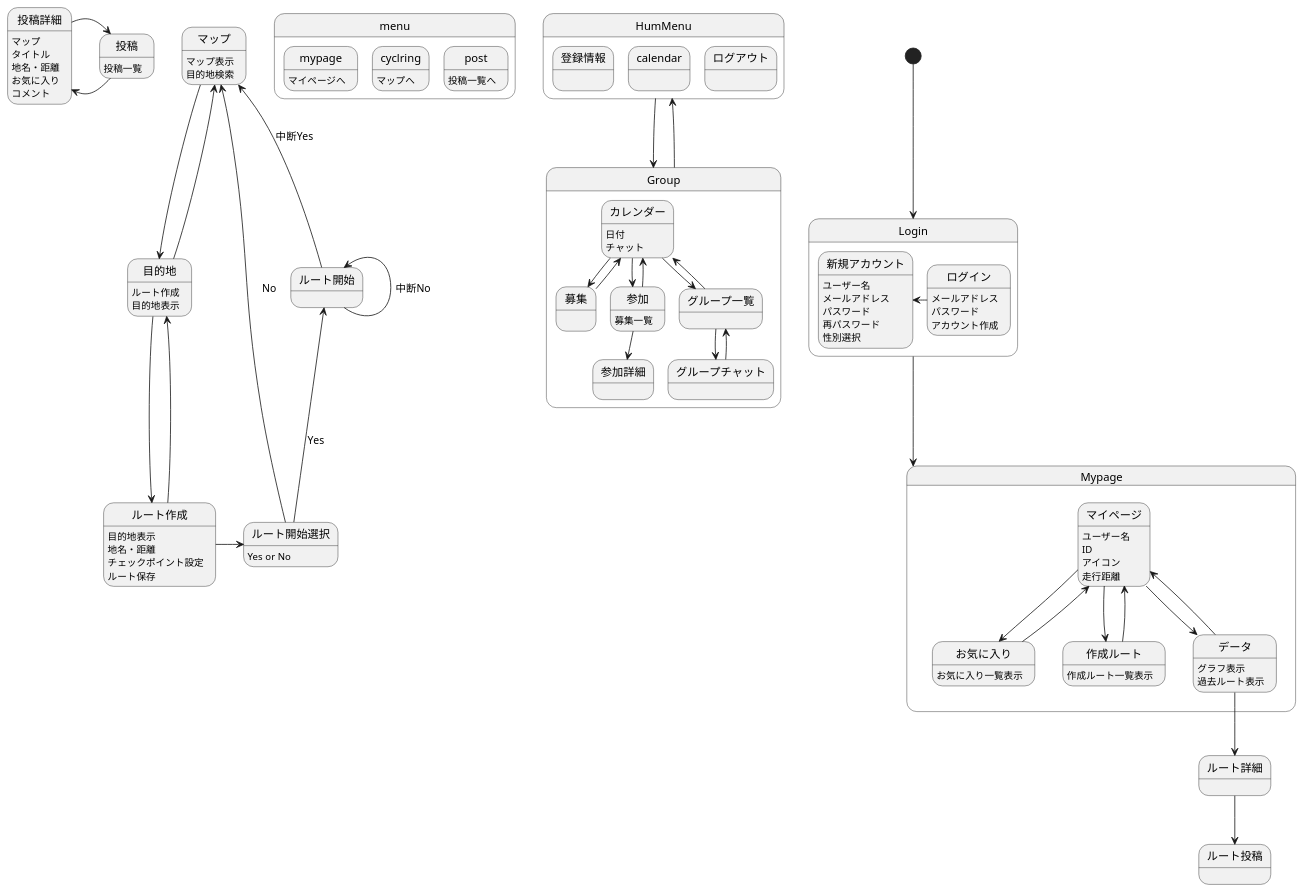
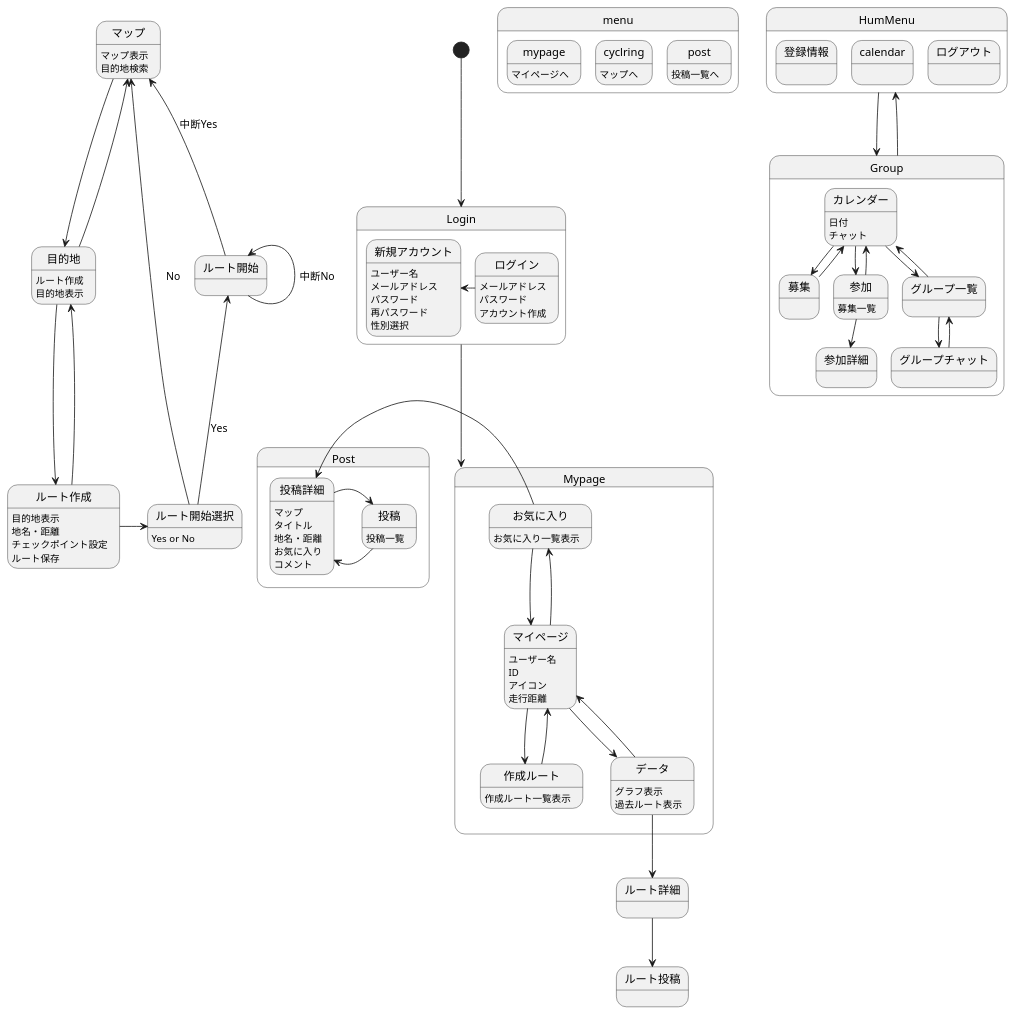
The diagram in 画面遷移図/gm.md (AsoSD3A3/CyclingSystem), drawn with PlantUML before and after one commit.

````diff
--- a/画面遷移図/gm.md
+++ b/画面遷移図/gm.md
@@ -87,6 +87,7 @@
 ルート開始-up->ルート開始 :中断No
 ルート開始-up->マップ :中断Yes
 
+state Post{
 投稿:投稿一覧
 投稿-left->投稿詳細
 投稿詳細-right->投稿
@@ -95,6 +96,8 @@
 投稿詳細:地名・距離
 投稿詳細:お気に入り
 投稿詳細:コメント
+}
+お気に入り-left->投稿詳細
 
 @enduml
 ```
````
